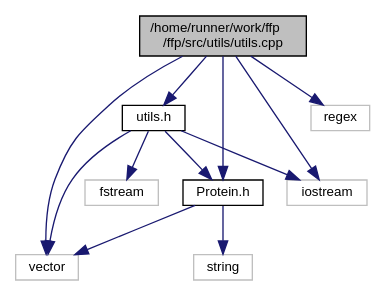
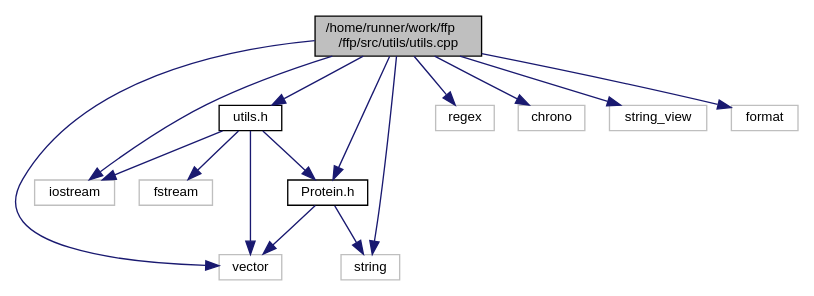
One commit to Mohamed-Nser-Said/ffp changed the diagram in utils_8cpp__incl.dot. Above: the diagram before and after it, drawn with Graphviz. The commit also changed 45 other files, not shown here.

```diff
--- a/utils_8cpp__incl.dot
+++ b/utils_8cpp__incl.dot
@@ -1,25 +1,32 @@
 digraph "/home/runner/work/ffp/ffp/src/utils/utils.cpp"
 {
  // LATEX_PDF_SIZE
   edge [fontname="Helvetica",fontsize="10",labelfontname="Helvetica",labelfontsize="10"];
   node [fontname="Helvetica",fontsize="10",shape=record];
   Node1 [label="/home/runner/work/ffp\l/ffp/src/utils/utils.cpp",height=0.2,width=0.4,color="black", fillcolor="grey75", style="filled", fontcolor="black",tooltip=" "];
   Node1 -> Node2 [color="midnightblue",fontsize="10",style="solid",fontname="Helvetica"];
   Node2 [label="utils.h",height=0.2,width=0.4,color="black", fillcolor="white", style="filled",URL="$utils_8h.html",tooltip=" "];
   Node2 -> Node3 [color="midnightblue",fontsize="10",style="solid",fontname="Helvetica"];
   Node3 [label="vector",height=0.2,width=0.4,color="grey75", fillcolor="white", style="filled",tooltip=" "];
   Node2 -> Node4 [color="midnightblue",fontsize="10",style="solid",fontname="Helvetica"];
   Node4 [label="iostream",height=0.2,width=0.4,color="grey75", fillcolor="white", style="filled",tooltip=" "];
   Node2 -> Node5 [color="midnightblue",fontsize="10",style="solid",fontname="Helvetica"];
   Node5 [label="fstream",height=0.2,width=0.4,color="grey75", fillcolor="white", style="filled",tooltip=" "];
   Node2 -> Node6 [color="midnightblue",fontsize="10",style="solid",fontname="Helvetica"];
   Node6 [label="Protein.h",height=0.2,width=0.4,color="black", fillcolor="white", style="filled",URL="$Protein_8h.html",tooltip=" "];
   Node6 -> Node7 [color="midnightblue",fontsize="10",style="solid",fontname="Helvetica"];
   Node7 [label="string",height=0.2,width=0.4,color="grey75", fillcolor="white", style="filled",tooltip=" "];
   Node6 -> Node3 [color="midnightblue",fontsize="10",style="solid",fontname="Helvetica"];
   Node1 -> Node4 [color="midnightblue",fontsize="10",style="solid",fontname="Helvetica"];
   Node1 -> Node3 [color="midnightblue",fontsize="10",style="solid",fontname="Helvetica"];
   Node1 -> Node8 [color="midnightblue",fontsize="10",style="solid",fontname="Helvetica"];
   Node8 [label="regex",height=0.2,width=0.4,color="grey75", fillcolor="white", style="filled",tooltip=" "];
+  Node1 -> Node9 [color="midnightblue",fontsize="10",style="solid",fontname="Helvetica"];
+  Node9 [label="chrono",height=0.2,width=0.4,color="grey75", fillcolor="white", style="filled",tooltip=" "];
   Node1 -> Node6 [color="midnightblue",fontsize="10",style="solid",fontname="Helvetica"];
+  Node1 -> Node7 [color="midnightblue",fontsize="10",style="solid",fontname="Helvetica"];
+  Node1 -> Node10 [color="midnightblue",fontsize="10",style="solid",fontname="Helvetica"];
+  Node10 [label="string_view",height=0.2,width=0.4,color="grey75", fillcolor="white", style="filled",tooltip=" "];
+  Node1 -> Node11 [color="midnightblue",fontsize="10",style="solid",fontname="Helvetica"];
+  Node11 [label="format",height=0.2,width=0.4,color="grey75", fillcolor="white", style="filled",tooltip=" "];
 }
```
